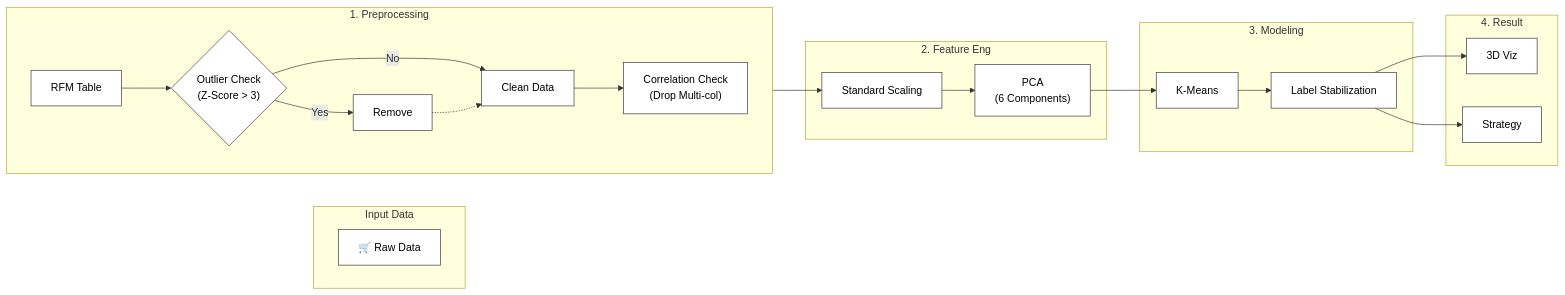
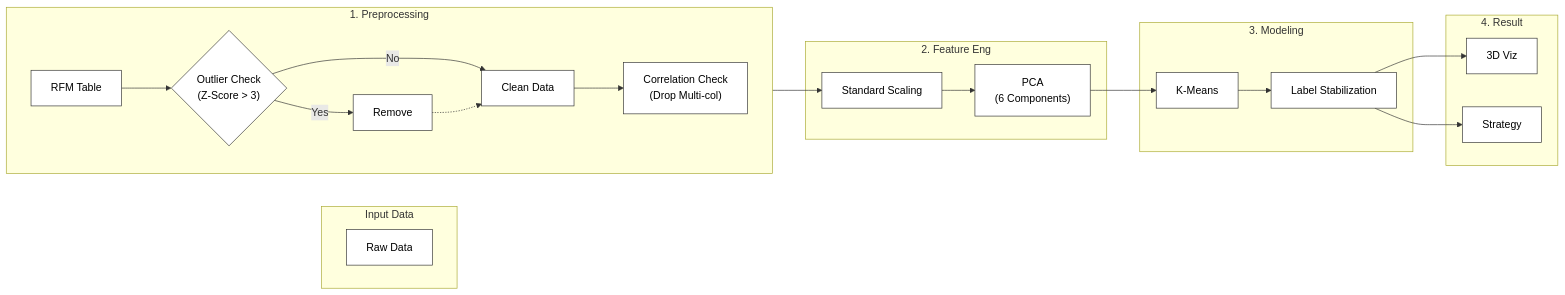
The diagram in README.md (Chankyu99/Customer_Segmentation_RFM), drawn with Mermaid before and after one commit.

````diff
--- a/README.md
+++ b/README.md
@@ -2,34 +2,34 @@
 ```mermaid
 graph LR
     %% 스타일 정의: 흰색 배경, 검은색 테두리, 검은색 글씨
     classDef mono fill:#ffffff,stroke:#333,stroke-width:1px,color:#000000;
 
     subgraph Input ["Input Data"]
     direction LR
-    A[🛒 Raw Data]:::mono
+    A[Raw Data]:::mono
     end
 
     subgraph Preprocessing ["1. Preprocessing"]
     direction LR
     B[RFM Table]:::mono --> C{"Outlier Check<br>(Z-Score > 3)"}:::mono
     C -- Yes --> D[Remove]:::mono
     C -- No --> E[Clean Data]:::mono
     D -.-> E
     E --> F["Correlation Check<br>(Drop Multi-col)"]:::mono
     end
 
     subgraph Feature ["2. Feature Eng"]
     F --> G[Standard Scaling]:::mono
     G --> H["PCA<br>(6 Components)"]:::mono
     end
 
     subgraph Modeling ["3. Modeling"]
     H --> I[K-Means]:::mono
     I --> J[Label Stabilization]:::mono
     end
 
     subgraph Output ["4. Result"]
     J --> K[3D Viz]:::mono
     J --> L[Strategy]:::mono
     end
 ```
````
